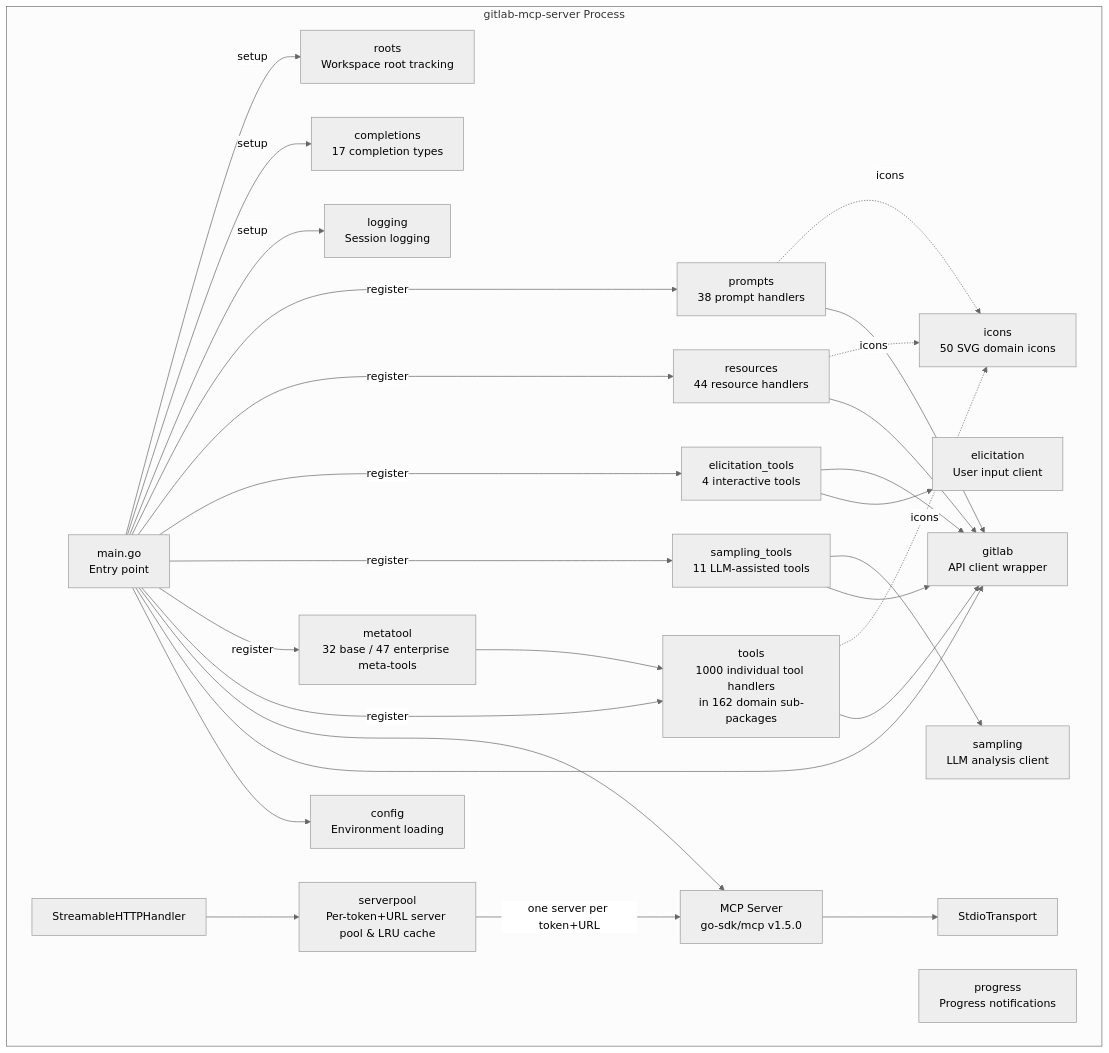
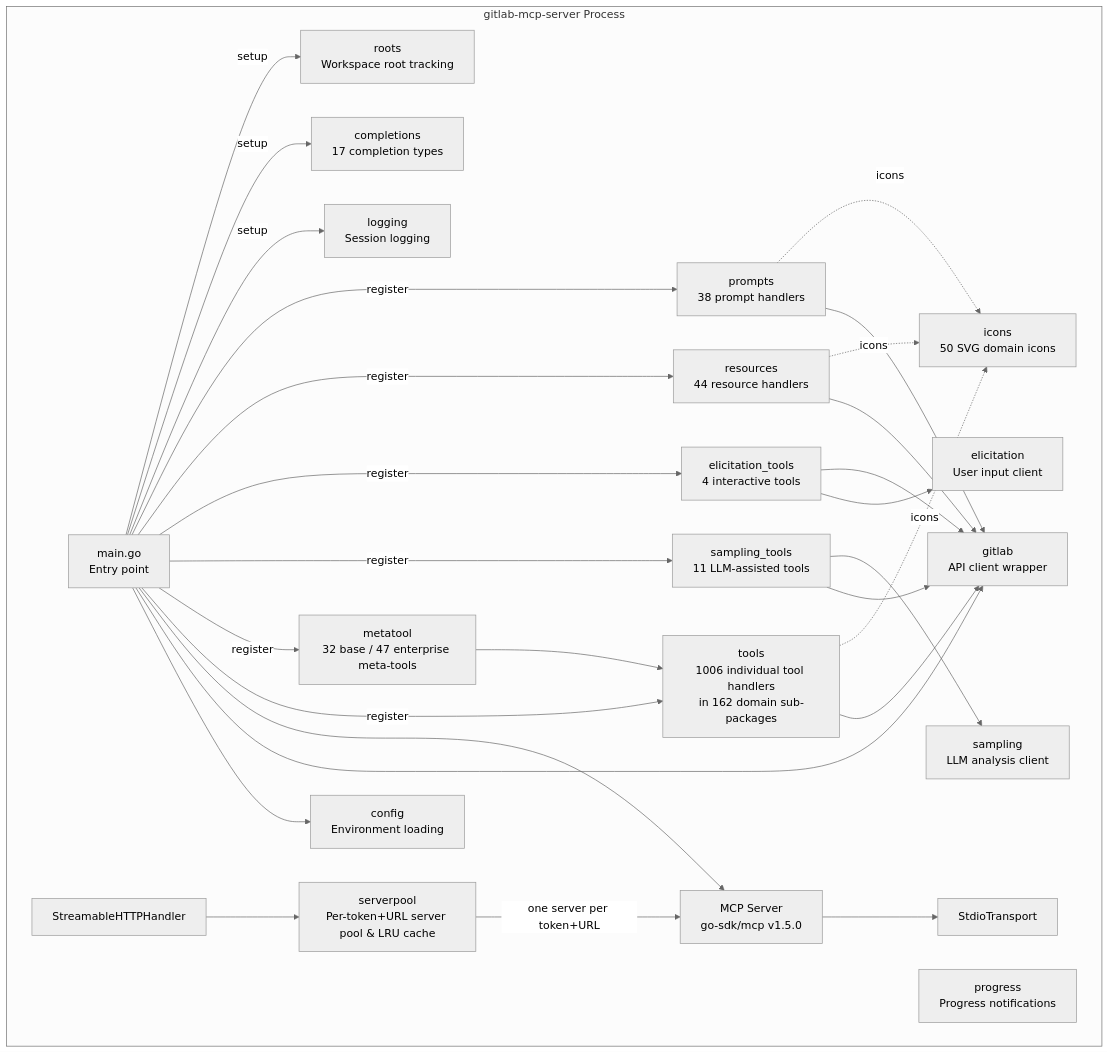
Before and after one commit to jmrplens/gitlab-mcp-server: the third of 9 diagrams in docs/architecture.md, drawn with Mermaid (neutral theme). The commit also changed other lines of this file and 64 other files, not shown here.

````diff
--- a/docs/architecture.md
+++ b/docs/architecture.md
@@ -64,52 +64,52 @@
 ```mermaid
 graph TD
     subgraph "gitlab-mcp-server Process"
         MAIN[main.go<br/>Entry point]
         CFG[config<br/>Environment loading]
         GL[gitlab<br/>API client wrapper]
-        TOOLS[tools<br/>1000 individual tool handlers<br/>in 162 domain sub-packages]
+        TOOLS[tools<br/>1006 individual tool handlers<br/>in 162 domain sub-packages]
         META[metatool<br/>32 base / 47 enterprise meta-tools]
         SAMP[sampling_tools<br/>11 LLM-assisted tools]
         ELIC[elicitation_tools<br/>4 interactive tools]
         RES[resources<br/>44 resource handlers]
         PROMPTS[prompts<br/>38 prompt handlers]
         LOG[logging<br/>Session logging]
         COMP[completions<br/>17 completion types]
         ROOTS[roots<br/>Workspace root tracking]
         PROG[progress<br/>Progress notifications]
         SAMPLING[sampling<br/>LLM analysis client]
         ELICIT[elicitation<br/>User input client]
         ICN[icons<br/>50 SVG domain icons]
         SRV[MCP Server<br/>go-sdk/mcp v1.5.0]
         STDIO[StdioTransport]
         HTTP[StreamableHTTPHandler]
         POOL[serverpool<br/>Per-token+URL server pool & LRU cache]
     end
 
     MAIN --> CFG
     MAIN --> GL
     MAIN --> SRV
     SRV --> STDIO
     HTTP --> POOL
     POOL -->|one server per token+URL| SRV
     TOOLS --> GL
     META --> TOOLS
     SAMP --> GL
     SAMP --> SAMPLING
     ELIC --> ELICIT
     ELIC --> GL
     RES --> GL
     PROMPTS --> GL
     MAIN -->|register| TOOLS
     MAIN -->|register| META
     MAIN -->|register| SAMP
     MAIN -->|register| ELIC
     MAIN -->|register| RES
     MAIN -->|register| PROMPTS
     TOOLS -.->|icons| ICN
     RES -.->|icons| ICN
     PROMPTS -.->|icons| ICN
     MAIN -->|setup| LOG
     MAIN -->|setup| COMP
     MAIN -->|setup| ROOTS
 ```
````
